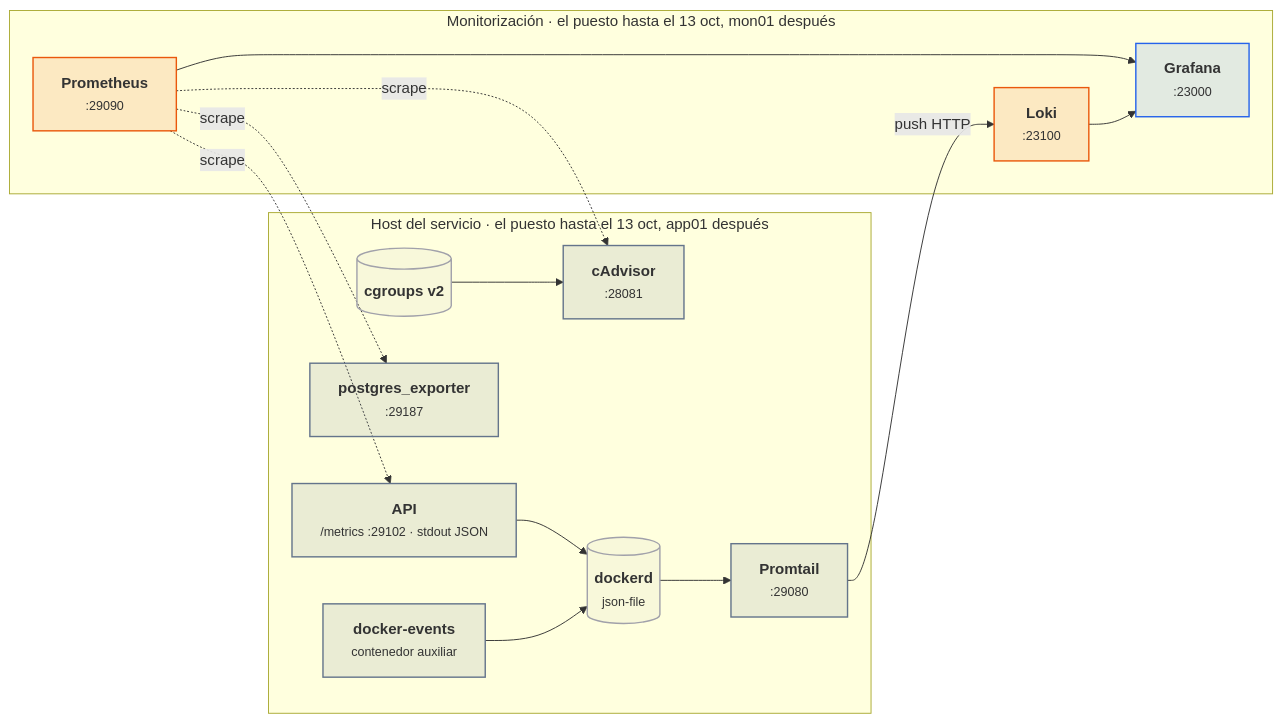
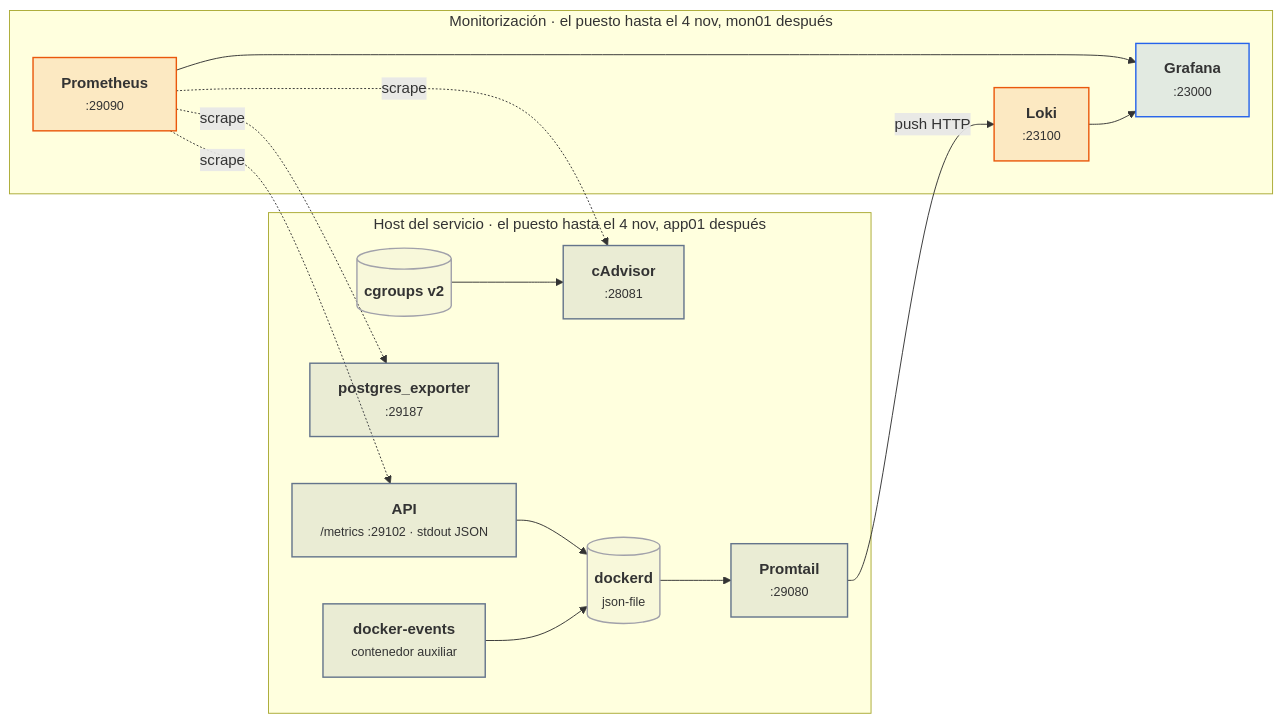
The first of 8 diagrams in docs/ut/ut1-observabilidad.md (victor-educ/apuntes-5169), drawn with Mermaid before and after one commit. The commit also changed other lines of this file and 13 other files, not shown here.

````diff
--- a/docs/ut/ut1-observabilidad.md
+++ b/docs/ut/ut1-observabilidad.md
@@ -32,33 +32,33 @@
 ```mermaid
 flowchart LR
-    subgraph app01["Host del servicio · el puesto hasta el 13 oct, app01 después"]
+    subgraph app01["Host del servicio · el puesto hasta el 4 nov, app01 después"]
         api["<b>API</b><br><small>/metrics :29102 · stdout JSON</small>"]:::pieza
         cad["<b>cAdvisor</b><br><small>:28081</small>"]:::pieza
         pgx["<b>postgres_exporter</b><br><small>:29187</small>"]:::pieza
         ev["<b>docker-events</b><br><small>contenedor auxiliar</small>"]:::pieza
         pt["<b>Promtail</b><br><small>:29080</small>"]:::pieza
         dk[("<b>dockerd</b><br><small>json-file</small>")]:::infra
         cg[("<b>cgroups v2</b>")]:::infra
         cg --> cad
         api --> dk
         ev --> dk
         dk --> pt
     end
-    subgraph mon01["Monitorización · el puesto hasta el 13 oct, mon01 después"]
+    subgraph mon01["Monitorización · el puesto hasta el 4 nov, mon01 después"]
         prom["<b>Prometheus</b><br><small>:29090</small>"]:::act
         loki["<b>Loki</b><br><small>:23100</small>"]:::act
         graf["<b>Grafana</b><br><small>:23000</small>"]:::dato
         prom --> graf
         loki --> graf
     end
     prom -.->|scrape| api
     prom -.->|scrape| cad
     prom -.->|scrape| pgx
     pt -->|push HTTP| loki
     classDef act fill:#ea580c22,stroke:#ea580c,stroke-width:1.5px
     classDef pieza fill:#64748b22,stroke:#64748b,stroke-width:1.5px
     classDef dato fill:#2563eb22,stroke:#2563eb,stroke-width:1.5px
     classDef infra fill:#a1a1aa14,stroke:#a1a1aa,stroke-width:1.5px
     classDef ok fill:#16a34a22,stroke:#16a34a,stroke-width:1.5px
     classDef riesgo fill:#dc262622,stroke:#dc2626,stroke-width:1.5px
 ```
````
